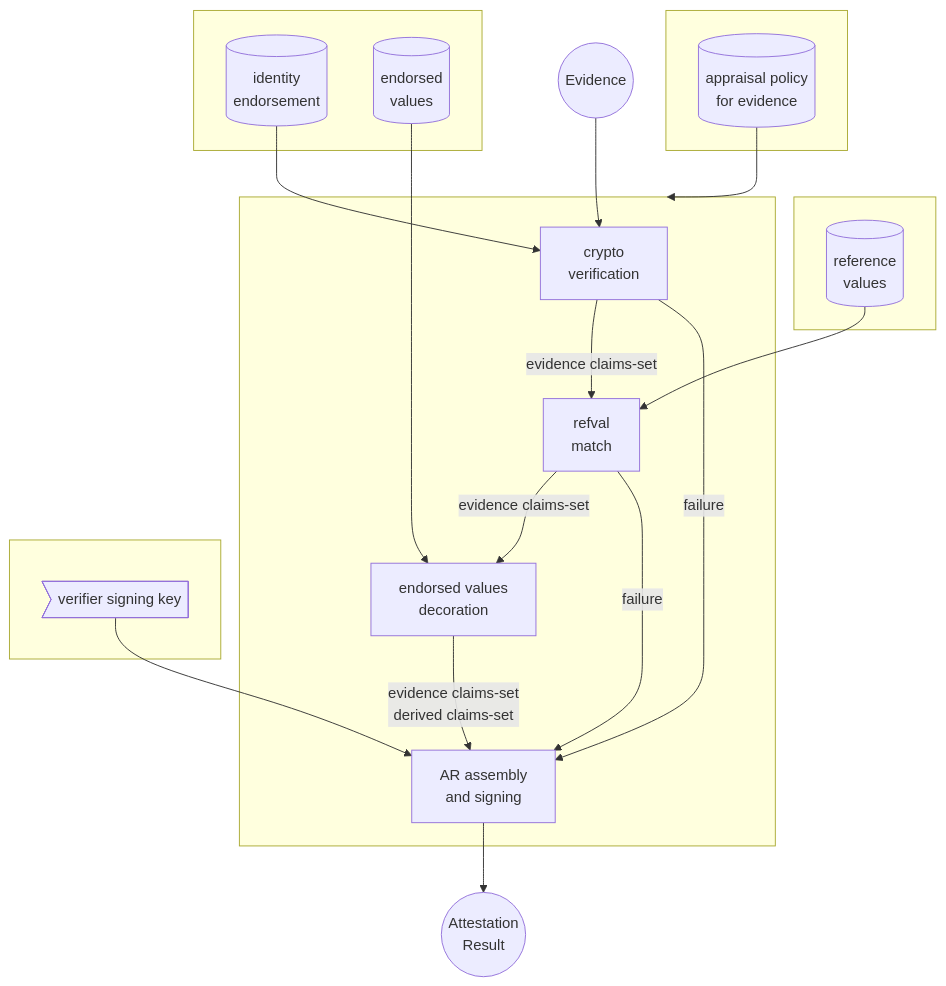
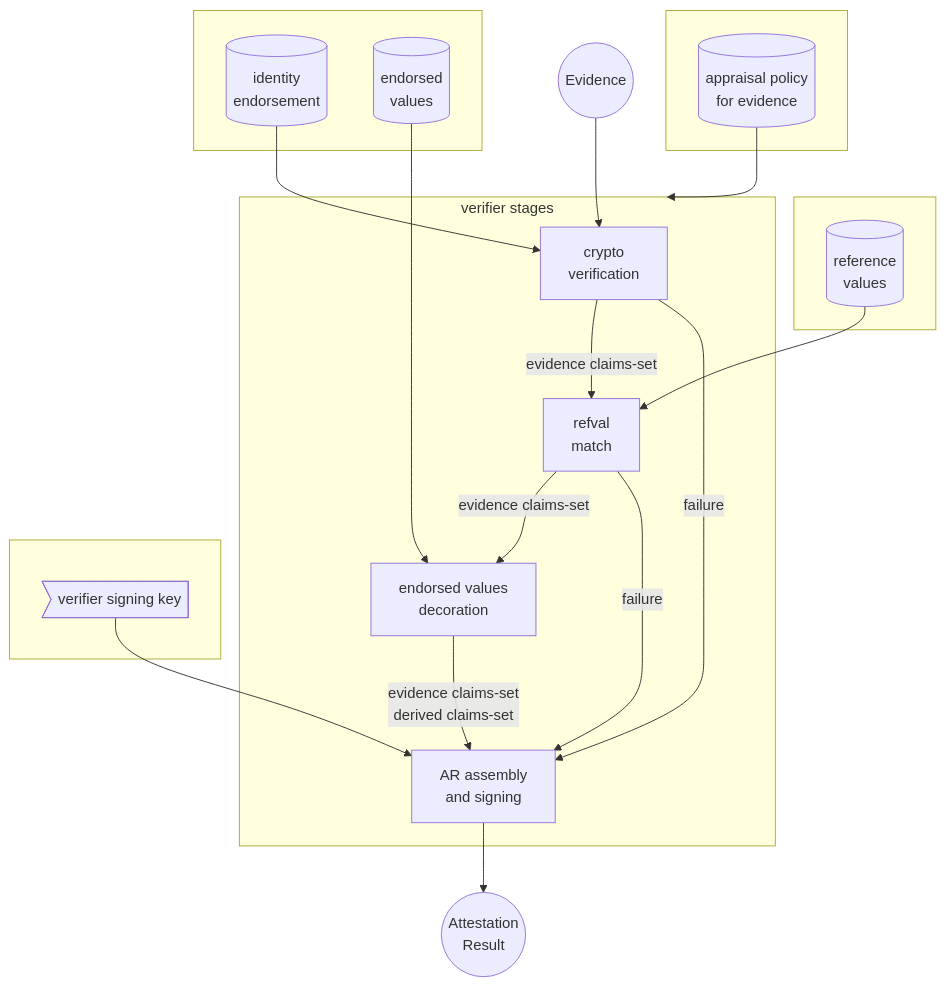
Before and after one commit to veraison/docs: the second of 6 diagrams in musings/verification-machine.md, drawn with Mermaid. The commit also changed other lines of this file, not shown here.

````diff
--- a/musings/verification-machine.md
+++ b/musings/verification-machine.md
@@ -68,51 +76,51 @@
 ```mermaid
 flowchart TD
     v1[crypto</br>verification]
     v2[refval</br>match]
     v3[endorsed values</br>decoration]
     v4[AR assembly</br>and signing]
     Ei[(identity</br>endorsement)]
     e((Evidence))
     P[(appraisal policy</br>for evidence)]
     skV>verifier signing key]
     a((Attestation</br>Result))
     R[(reference</br>values)]
     Ev[(endorsed</br>values)]
 
     subgraph " "
     Ev
     Ei
     end
 
     subgraph " "
     R
     end
     
     subgraph " "
     P
     end
 
-    subgraph stages[" "]
+    subgraph stages["verifier stages"]
     v1
     v2
     v3
     v4
     end
 
     subgraph " "
     skV
     end
 
     e --> v1
     Ei --> v1
     v1 -- evidence claims-set --> v2
     P --> stages
     v2 -- evidence claims-set --> v3
     v3 -- evidence claims-set</br>derived claims-set --> v4
     skV --> v4
     v4 --> a
     R --> v2
     Ev --> v3
     v1 -- failure -->v4
     v2 -- failure -->v4
 ```
````
